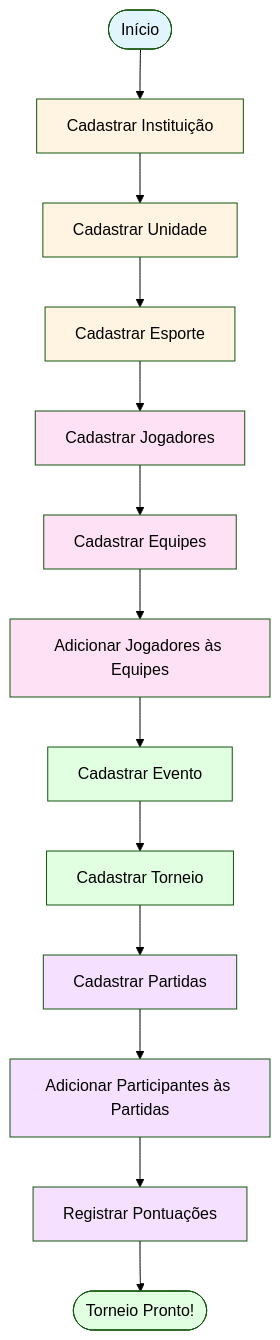
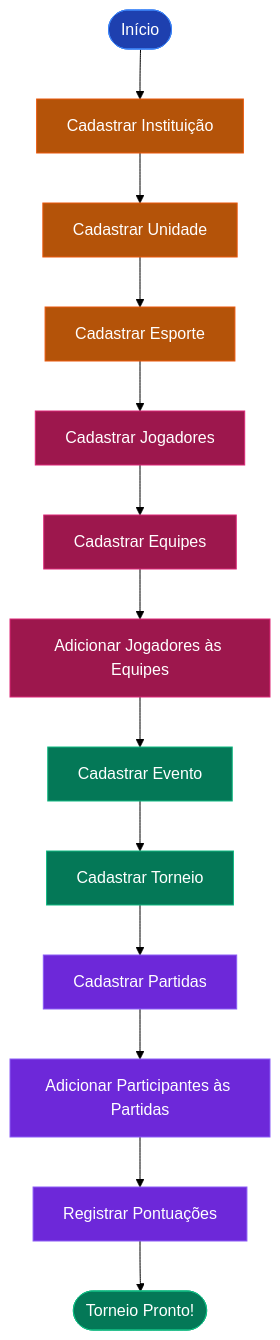
Before and after one commit to rgomide/gerenciador-torneio: the second of 3 diagrams in MANUAL_USUARIO_pt_br.md, drawn with Mermaid (forest theme). The commit also changed other lines of this file, not shown here.

````diff
--- a/MANUAL_USUARIO_pt_br.md
+++ b/MANUAL_USUARIO_pt_br.md
@@ -103,29 +103,29 @@
 ```mermaid
 flowchart TD
     Start([Início]) --> A[Cadastrar Instituição]
     A --> B[Cadastrar Unidade]
     B --> C[Cadastrar Esporte]
     C --> D[Cadastrar Jogadores]
     D --> E[Cadastrar Equipes]
     E --> F[Adicionar Jogadores às Equipes]
     F --> G[Cadastrar Evento]
     G --> H[Cadastrar Torneio]
     H --> I[Cadastrar Partidas]
     I --> J[Adicionar Participantes às Partidas]
     J --> K[Registrar Pontuações]
     K --> End([Torneio Pronto!])
     
-    style Start fill:#e1f5ff
-    style End fill:#e1ffe1
-    style A fill:#fff4e1
-    style B fill:#fff4e1
-    style C fill:#fff4e1
-    style D fill:#ffe1f5
-    style E fill:#ffe1f5
-    style F fill:#ffe1f5
-    style G fill:#e1ffe1
-    style H fill:#e1ffe1
-    style I fill:#f5e1ff
-    style J fill:#f5e1ff
-    style K fill:#f5e1ff
+    style Start fill:#1e40af,color:#fff,stroke:#3b82f6
+    style End fill:#047857,color:#fff,stroke:#10b981
+    style A fill:#b45309,color:#fff,stroke:#ea580c
+    style B fill:#b45309,color:#fff,stroke:#ea580c
+    style C fill:#b45309,color:#fff,stroke:#ea580c
+    style D fill:#9d174d,color:#fff,stroke:#db2777
+    style E fill:#9d174d,color:#fff,stroke:#db2777
+    style F fill:#9d174d,color:#fff,stroke:#db2777
+    style G fill:#047857,color:#fff,stroke:#10b981
+    style H fill:#047857,color:#fff,stroke:#10b981
+    style I fill:#6d28d9,color:#fff,stroke:#8b5cf6
+    style J fill:#6d28d9,color:#fff,stroke:#8b5cf6
+    style K fill:#6d28d9,color:#fff,stroke:#8b5cf6
 ```
````
